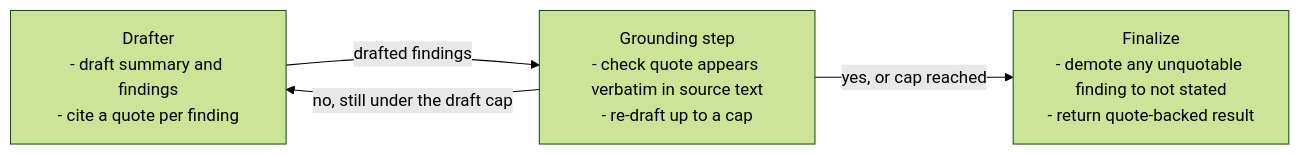
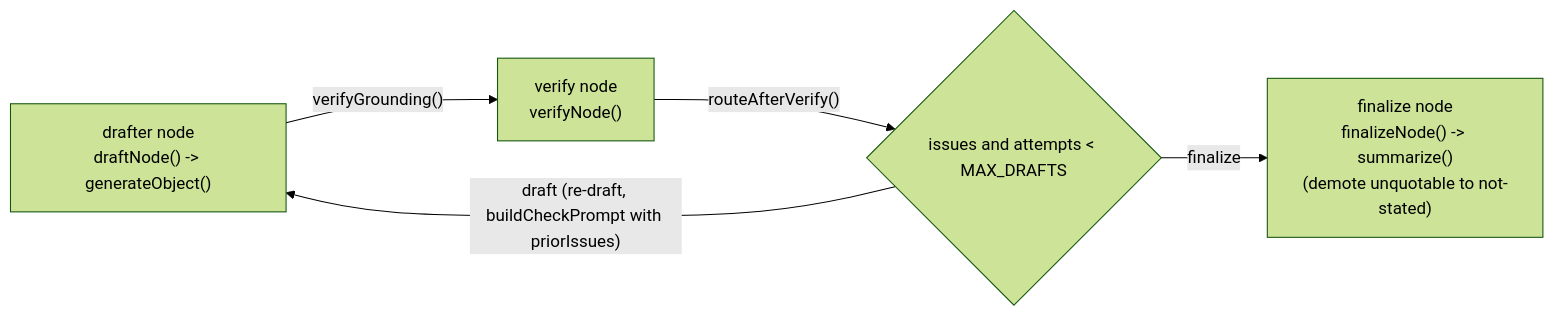
One commit to elleskay/insurance-dashboard changed the fourth of 5 diagrams in README.md. Above: the diagram before and after it, drawn with Mermaid (forest theme). The commit also changed other lines of this file and 9 other files, not shown here.

````diff
--- a/README.md
+++ b/README.md
@@ -183,9 +173,7 @@
 ```mermaid
 flowchart LR
-  Draft["Drafter<br/>- draft summary and findings<br/>- cite a quote per finding"]
-  Verify["Grounding step<br/>- check quote appears verbatim in source text<br/>- re-draft up to a cap"]
-  Final["Finalize<br/>- demote any unquotable finding to not stated<br/>- return quote-backed result"]
-  Draft -->|"drafted findings"| Verify
-  Verify -->|"no, still under the draft cap"| Draft
-  Verify -->|"yes, or cap reached"| Final
+  Drafter["drafter node<br/>draftNode() -> generateObject()"] -->|"verifyGrounding()"| Verify["verify node<br/>verifyNode()"]
+  Verify -->|"routeAfterVerify()"| Route{"issues and attempts < MAX_DRAFTS"}
+  Route -->|"draft (re-draft, buildCheckPrompt with priorIssues)"| Drafter
+  Route -->|"finalize"| Final["finalize node<br/>finalizeNode() -> summarize()<br/>(demote unquotable to not-stated)"]
 ```
````
